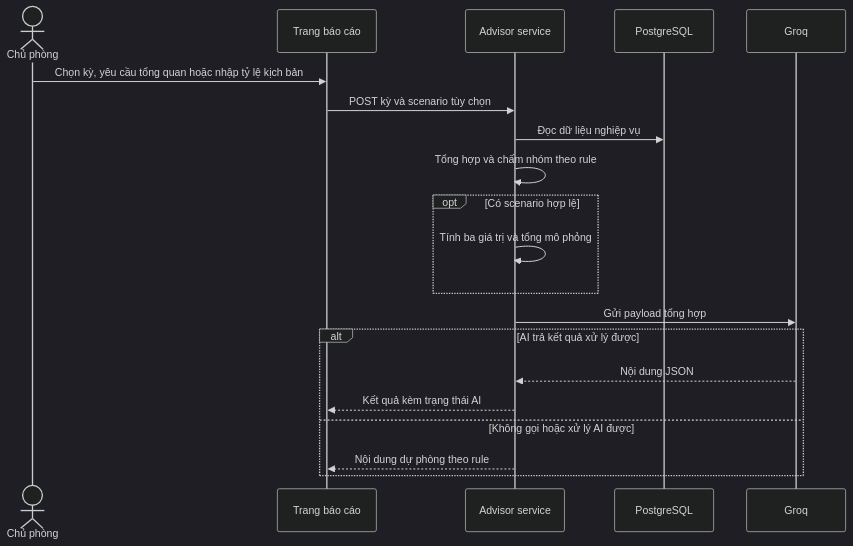
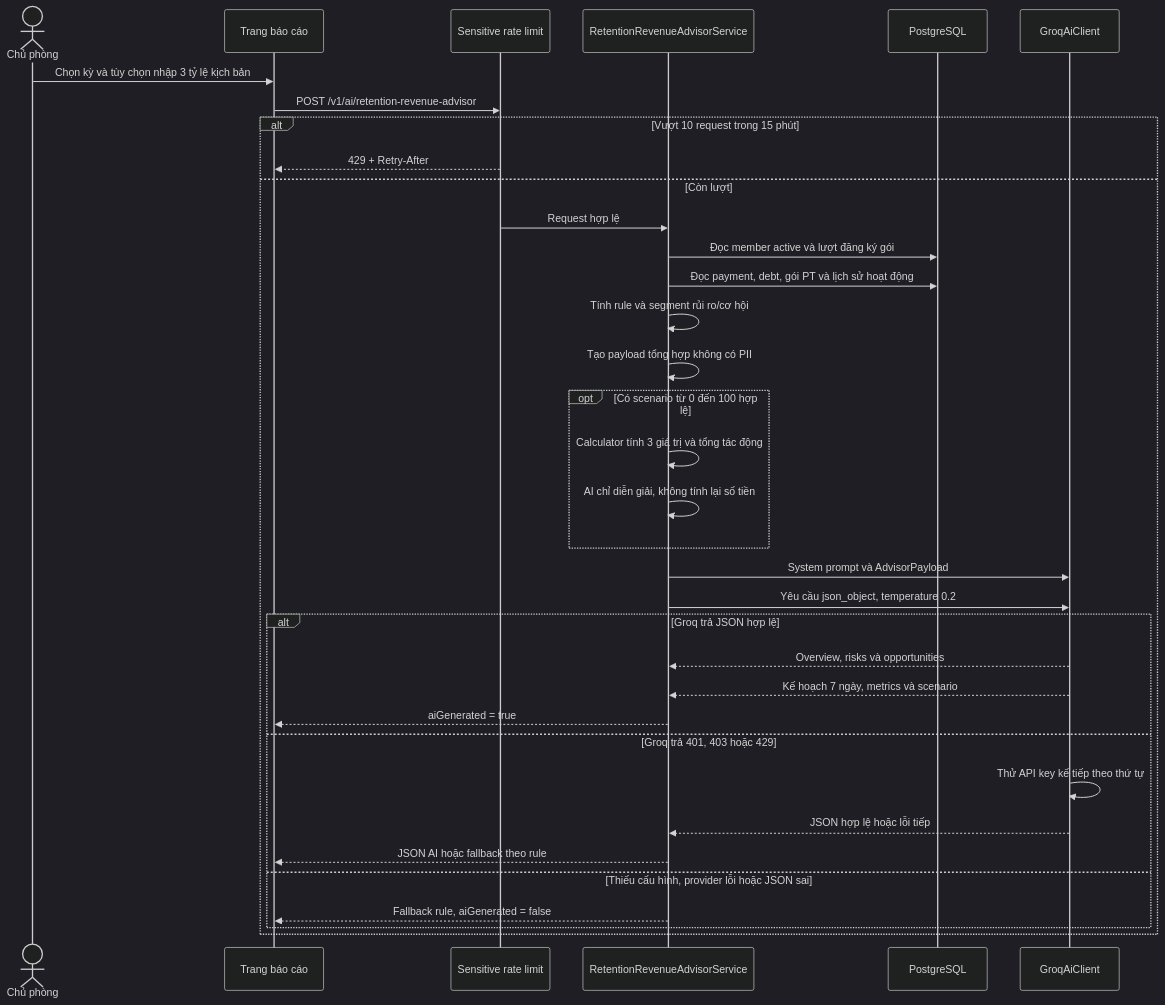
Before and after one commit to doanthetin193/gym-management-system: diagram 11 of 14 in internship/final_report/bao-cao-tong-ket-do-an.md, drawn with Mermaid (dark theme). The commit also changed other lines of this file and 55 other files, not shown here.

````diff
--- a/internship/final_report/bao-cao-tong-ket-do-an.md
+++ b/internship/final_report/bao-cao-tong-ket-do-an.md
@@ -573,22 +892,38 @@
 ```mermaid
 sequenceDiagram
     actor Owner as Chủ phòng
     participant UI as Trang báo cáo
-    participant Service as Advisor service
+    participant Limit as Sensitive rate limit
+    participant Service as RetentionRevenueAdvisorService
     participant DB as PostgreSQL
-    participant AI as Groq
-    Owner->>UI: Chọn kỳ, yêu cầu tổng quan hoặc nhập tỷ lệ kịch bản
-    UI->>Service: POST kỳ và scenario tùy chọn
-    Service->>DB: Đọc dữ liệu nghiệp vụ
-    Service->>Service: Tổng hợp và chấm nhóm theo rule
-    opt Có scenario hợp lệ
-        Service->>Service: Tính ba giá trị và tổng mô phỏng
-    end
-    Service->>AI: Gửi payload tổng hợp
-    alt AI trả kết quả xử lý được
-        AI-->>Service: Nội dung JSON
-        Service-->>UI: Kết quả kèm trạng thái AI
-    else Không gọi hoặc xử lý AI được
-        Service-->>UI: Nội dung dự phòng theo rule
+    participant Groq as GroqAiClient
+
+    Owner->>UI: Chọn kỳ và tùy chọn nhập 3 tỷ lệ kịch bản
+    UI->>Limit: POST /v1/ai/retention-revenue-advisor
+    alt Vượt 10 request trong 15 phút
+        Limit-->>UI: 429 + Retry-After
+    else Còn lượt
+        Limit->>Service: Request hợp lệ
+        Service->>DB: Đọc member active và lượt đăng ký gói
+        Service->>DB: Đọc payment, debt, gói PT và lịch sử hoạt động
+        Service->>Service: Tính rule và segment rủi ro/cơ hội
+        Service->>Service: Tạo payload tổng hợp không có PII
+        opt Có scenario từ 0 đến 100 hợp lệ
+            Service->>Service: Calculator tính 3 giá trị và tổng tác động
+            Service->>Service: AI chỉ diễn giải, không tính lại số tiền
+        end
+        Service->>Groq: System prompt và AdvisorPayload
+        Service->>Groq: Yêu cầu json_object, temperature 0.2
+        alt Groq trả JSON hợp lệ
+            Groq-->>Service: Overview, risks và opportunities
+            Groq-->>Service: Kế hoạch 7 ngày, metrics và scenario
+            Service-->>UI: aiGenerated = true
+        else Groq trả 401, 403 hoặc 429
+            Groq->>Groq: Thử API key kế tiếp theo thứ tự
+            Groq-->>Service: JSON hợp lệ hoặc lỗi tiếp
+            Service-->>UI: JSON AI hoặc fallback theo rule
+        else Thiếu cấu hình, provider lỗi hoặc JSON sai
+            Service-->>UI: Fallback rule, aiGenerated = false
+        end
     end
 ```
````
